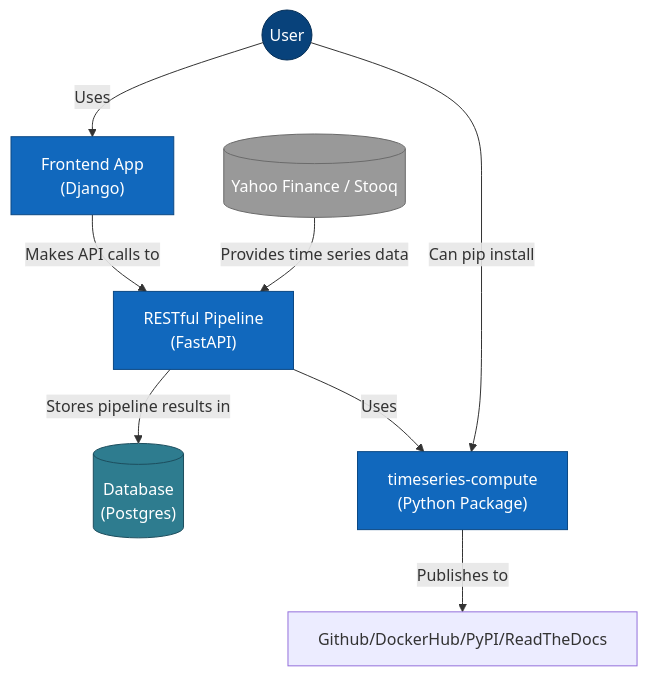
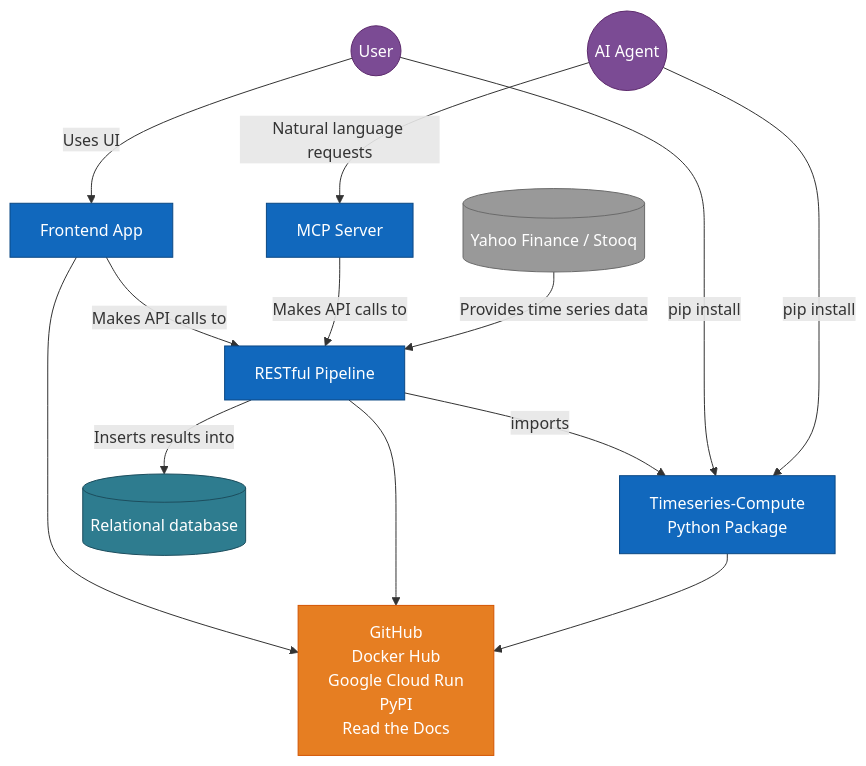
One commit to garthmortensen/timeseries-api changed the first of 4 diagrams in README.md. Above: the diagram before and after it, drawn with Mermaid. The commit also changed other lines of this file, not shown here.

Commit message:
Docs: update mcp server, integration overview

````diff
--- a/README.md
+++ b/README.md
@@ -99,35 +99,51 @@
 ```mermaid
 flowchart TB
     %% Styling
-    classDef person fill:#08427B,color:#fff,stroke:#052E56,stroke-width:1px
+    classDef person fill:#7B4B94,color:#fff,stroke:#5D2B6D,stroke-width:1px
+    classDef agent fill:#7B4B94,color:#fff,stroke:#5D2B6D,stroke-width:1px
     classDef system fill:#1168BD,color:#fff,stroke:#0B4884,stroke-width:1px
     classDef external fill:#999999,color:#fff,stroke:#6B6B6B,stroke-width:1px
     classDef database fill:#2E7C8F,color:#fff,stroke:#1D4E5E,stroke-width:1px
+    classDef publishing fill:#E67E22,color:#fff,stroke:#D35400,stroke-width:1px
     
     %% Actors and Systems
     User((User)):::person
+    AIAgent((AI Agent)):::agent
     
     %% Main Systems
-    TimeSeriesFrontend["Frontend App
-    (Django)"]:::system
-    TimeSeriesPipeline["RESTful Pipeline
-    (FastAPI)"]:::system
-    TimeseriesCompute["timeseries-compute
-    (Python Package)"]:::system
+    TimeSeriesFrontend["Frontend App"]:::system
+    TimeSeriesPipeline["RESTful Pipeline"]:::system
+    MCPServer["MCP Server"]:::system
+    TimeseriesCompute["Timeseries-Compute 
+    Python Package"]:::system
     
     %% Database
-    TimeSeriesDB[("Database
-    (Postgres)")]:::database
+    TimeSeriesDB[("Relational database")]:::database
     
     %% External Systems
     ExternalDataSource[(Yahoo Finance / Stooq)]:::external
     
+    %% Publishing Platforms
+    PublishingPlatforms["
+    GitHub
+    Docker Hub
+    Google Cloud Run
+    PyPI
+    Read the Docs"]:::publishing
+    
     %% Relationships
-    User -- "Uses" --> TimeSeriesFrontend
+    User -- "Uses UI" --> TimeSeriesFrontend
+    AIAgent -- "Natural language requests" --> MCPServer
     TimeSeriesFrontend -- "Makes API calls to" --> TimeSeriesPipeline
-    TimeSeriesPipeline -- "Stores pipeline results in" --> TimeSeriesDB
-    TimeSeriesPipeline -- "Uses" --> TimeseriesCompute
-    User -- "Can pip install" --> TimeseriesCompute
+    MCPServer -- "Makes API calls to" --> TimeSeriesPipeline
+    TimeSeriesPipeline -- "Inserts results into" --> TimeSeriesDB
+    TimeSeriesPipeline -- "imports" --> TimeseriesCompute
+    User -- "pip install" --> TimeseriesCompute
+    AIAgent -- "pip install" --> TimeseriesCompute
     ExternalDataSource -- "Provides time series data" --> TimeSeriesPipeline
-    TimeseriesCompute -- "Publishes to" --> Github/DockerHub/PyPI/ReadTheDocs
+    
+    %% Publishing relationships (simplified)
+    TimeSeriesFrontend  --> PublishingPlatforms
+    TimeSeriesPipeline --> PublishingPlatforms
+    TimeseriesCompute --> PublishingPlatforms
 ```
````
